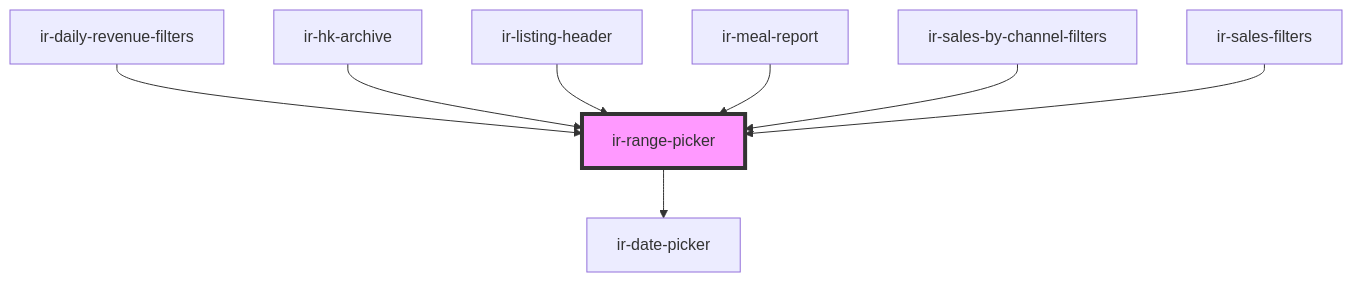
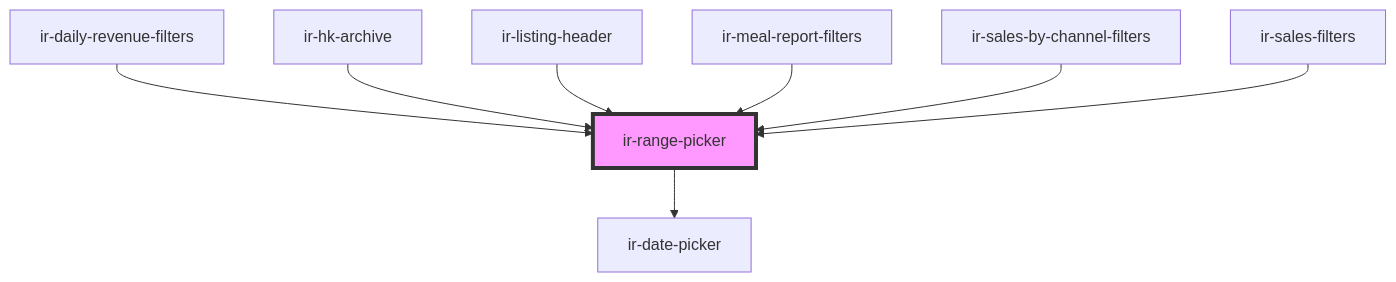
The diagram in src/components/ir-housekeeping/ir-hk-tasks/ir-hk-archive/ir-range-picker/readme.md (RonyRizk/ir-webcmp), drawn with Mermaid before and after one commit. The commit also changed other lines of this file and 6 other files, not shown here.

Commit message:
Meal report & GHS on boarding

````diff
--- a/src/components/ir-housekeeping/ir-hk-tasks/ir-hk-archive/ir-range-picker/readme.md
+++ b/src/components/ir-housekeeping/ir-hk-tasks/ir-hk-archive/ir-range-picker/readme.md
@@ -43,11 +43,11 @@
 ```mermaid
 graph TD;
   ir-range-picker --> ir-date-picker
   ir-daily-revenue-filters --> ir-range-picker
   ir-hk-archive --> ir-range-picker
   ir-listing-header --> ir-range-picker
-  ir-meal-report --> ir-range-picker
+  ir-meal-report-filters --> ir-range-picker
   ir-sales-by-channel-filters --> ir-range-picker
   ir-sales-filters --> ir-range-picker
   style ir-range-picker fill:#f9f,stroke:#333,stroke-width:4px
 ```
````
